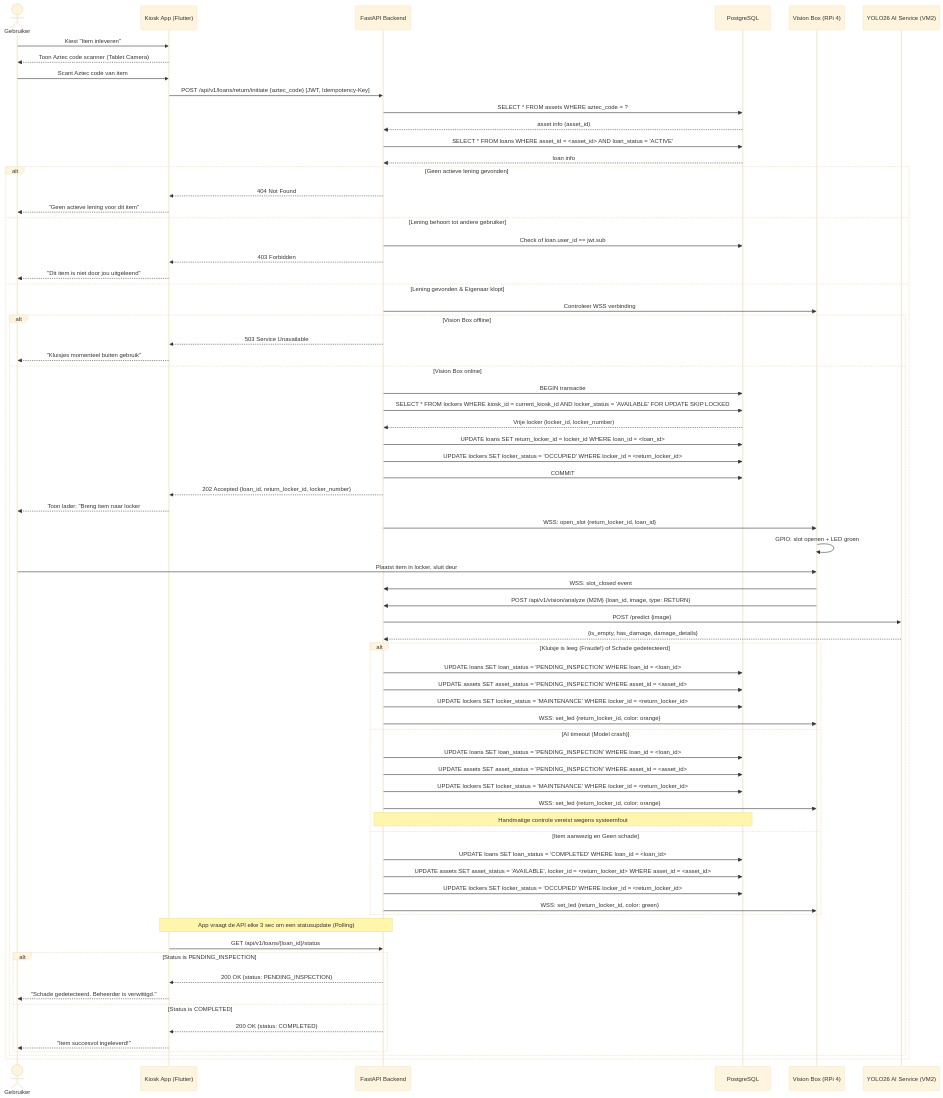
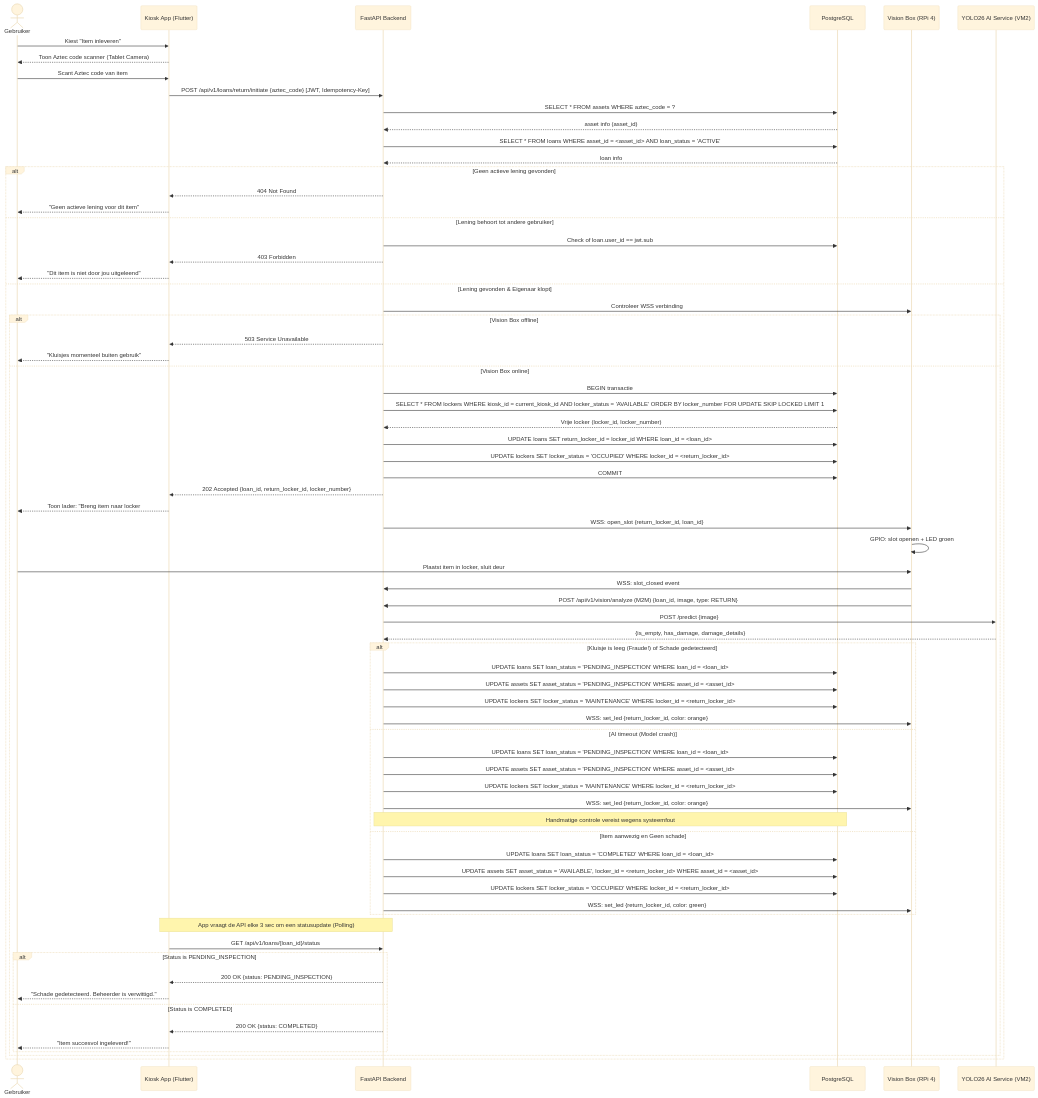
One commit to easylend-practice-enterprise/easylend changed the diagram in docs/diagrams/sequence_return.mmd. Above: the diagram before and after it, drawn with Mermaid (base theme).

Commit message:
Potential fix for pull request finding

```diff
--- a/docs/diagrams/sequence_return.mmd
+++ b/docs/diagrams/sequence_return.mmd
@@ -1,78 +1,78 @@
 sequenceDiagram
     actor User as Gebruiker
     participant App as Kiosk App (Flutter)
     participant API as FastAPI Backend
     participant DB as PostgreSQL
     participant VB as Vision Box (RPi 4)
     participant AI as YOLO26 AI Service (VM2)
 
     User->>App: Kiest "Item inleveren"
     App-->>User: Toon Aztec code scanner (Tablet Camera)
     User->>App: Scant Aztec code van item
     App->>API: POST /api/v1/loans/return/initiate {aztec_code} [JWT, Idempotency-Key]
     API->>DB: SELECT * FROM assets WHERE aztec_code = ?
     DB-->>API: asset info (asset_id)
     API->>DB: SELECT * FROM loans WHERE asset_id = <asset_id> AND loan_status = 'ACTIVE'
     DB-->>API: loan info
 
     alt Geen actieve lening gevonden
         API-->>App: 404 Not Found
         App-->>User: "Geen actieve lening voor dit item"
     else Lening behoort tot andere gebruiker
         API->>DB: Check of loan.user_id == jwt.sub
         API-->>App: 403 Forbidden
         App-->>User: "Dit item is niet door jou uitgeleend"
     else Lening gevonden & Eigenaar klopt
         API->>VB: Controleer WSS verbinding
         alt Vision Box offline
             API-->>App: 503 Service Unavailable
             App-->>User: "Kluisjes momenteel buiten gebruik"
         else Vision Box online
             API->>DB: BEGIN transactie
-            API->>DB: SELECT * FROM lockers WHERE kiosk_id = current_kiosk_id AND locker_status = 'AVAILABLE' FOR UPDATE SKIP LOCKED
+            API->>DB: SELECT * FROM lockers WHERE kiosk_id = current_kiosk_id AND locker_status = 'AVAILABLE' ORDER BY locker_number FOR UPDATE SKIP LOCKED LIMIT 1
             DB-->>API: Vrije locker (locker_id, locker_number)
             API->>DB: UPDATE loans SET return_locker_id = locker_id WHERE loan_id = <loan_id>
             API->>DB: UPDATE lockers SET locker_status = 'OCCUPIED' WHERE locker_id = <return_locker_id>
             API->>DB: COMMIT
             API-->>App: 202 Accepted {loan_id, return_locker_id, locker_number}
             App-->>User: Toon lader: "Breng item naar locker #N"
 
             API->>VB: WSS: open_slot {return_locker_id, loan_id}
             VB->>VB: GPIO: slot openen + LED groen
             User->>VB: Plaatst item in locker, sluit deur
             VB->>API: WSS: slot_closed event
 
             VB->>API: POST /api/v1/vision/analyze (M2M) {loan_id, image, type: RETURN}
             API->>AI: POST /predict {image}
             AI-->>API: {is_empty, has_damage, damage_details}
 
             alt Kluisje is leeg (Fraude!) of Schade gedetecteerd
                 API->>DB: UPDATE loans SET loan_status = 'PENDING_INSPECTION' WHERE loan_id = <loan_id>
                 API->>DB: UPDATE assets SET asset_status = 'PENDING_INSPECTION' WHERE asset_id = <asset_id>
                 API->>DB: UPDATE lockers SET locker_status = 'MAINTENANCE' WHERE locker_id = <return_locker_id>
                 API->>VB: WSS: set_led {return_locker_id, color: orange}
             else AI timeout (Model crash)
                 API->>DB: UPDATE loans SET loan_status = 'PENDING_INSPECTION' WHERE loan_id = <loan_id>
                 API->>DB: UPDATE assets SET asset_status = 'PENDING_INSPECTION' WHERE asset_id = <asset_id>
                 API->>DB: UPDATE lockers SET locker_status = 'MAINTENANCE' WHERE locker_id = <return_locker_id>
                 API->>VB: WSS: set_led {return_locker_id, color: orange}
                 Note over API,DB: Handmatige controle vereist wegens systeemfout
             else Item aanwezig en Geen schade
                 API->>DB: UPDATE loans SET loan_status = 'COMPLETED' WHERE loan_id = <loan_id>
                 API->>DB: UPDATE assets SET asset_status = 'AVAILABLE', locker_id = <return_locker_id> WHERE asset_id = <asset_id>
                 API->>DB: UPDATE lockers SET locker_status = 'OCCUPIED' WHERE locker_id = <return_locker_id>
                 API->>VB: WSS: set_led {return_locker_id, color: green}
             end
 
             Note over App,API: App vraagt de API elke 3 sec om een statusupdate (Polling)
             App->>API: GET /api/v1/loans/{loan_id}/status
             
             alt Status is PENDING_INSPECTION
                 API-->>App: 200 OK {status: PENDING_INSPECTION}
                 App-->>User: "Schade gedetecteerd. Beheerder is verwittigd."
             else Status is COMPLETED
                 API-->>App: 200 OK {status: COMPLETED}
                 App-->>User: "Item succesvol ingeleverd!"
             end
         end
     end
```
